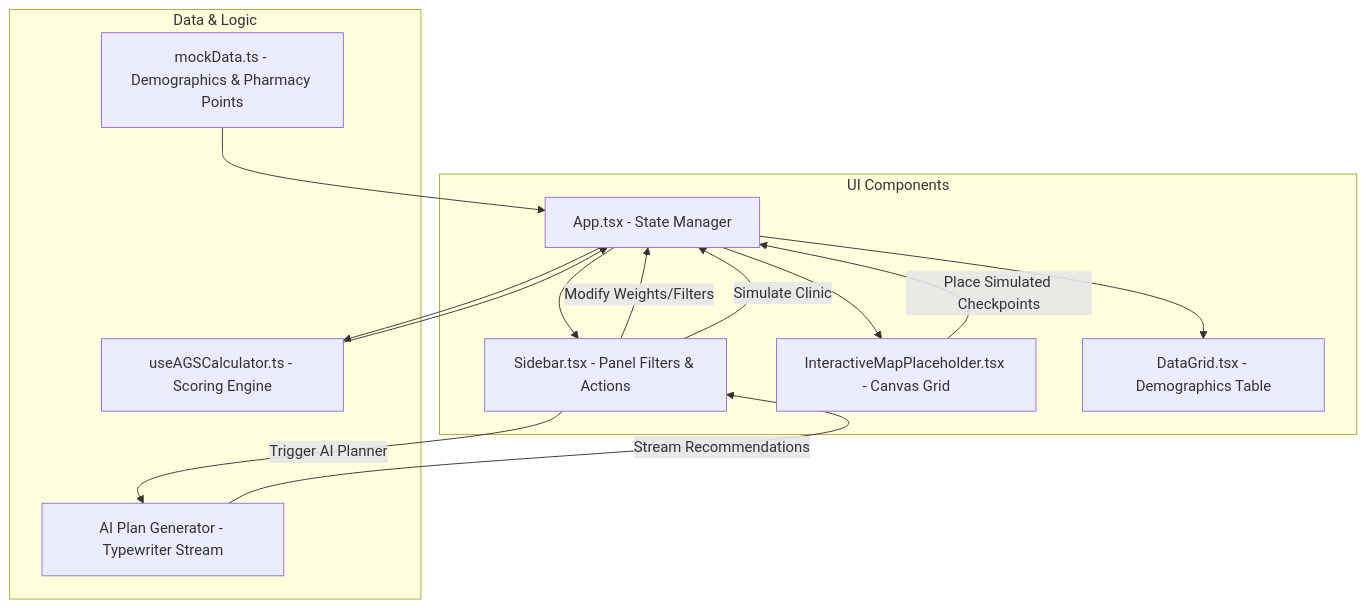
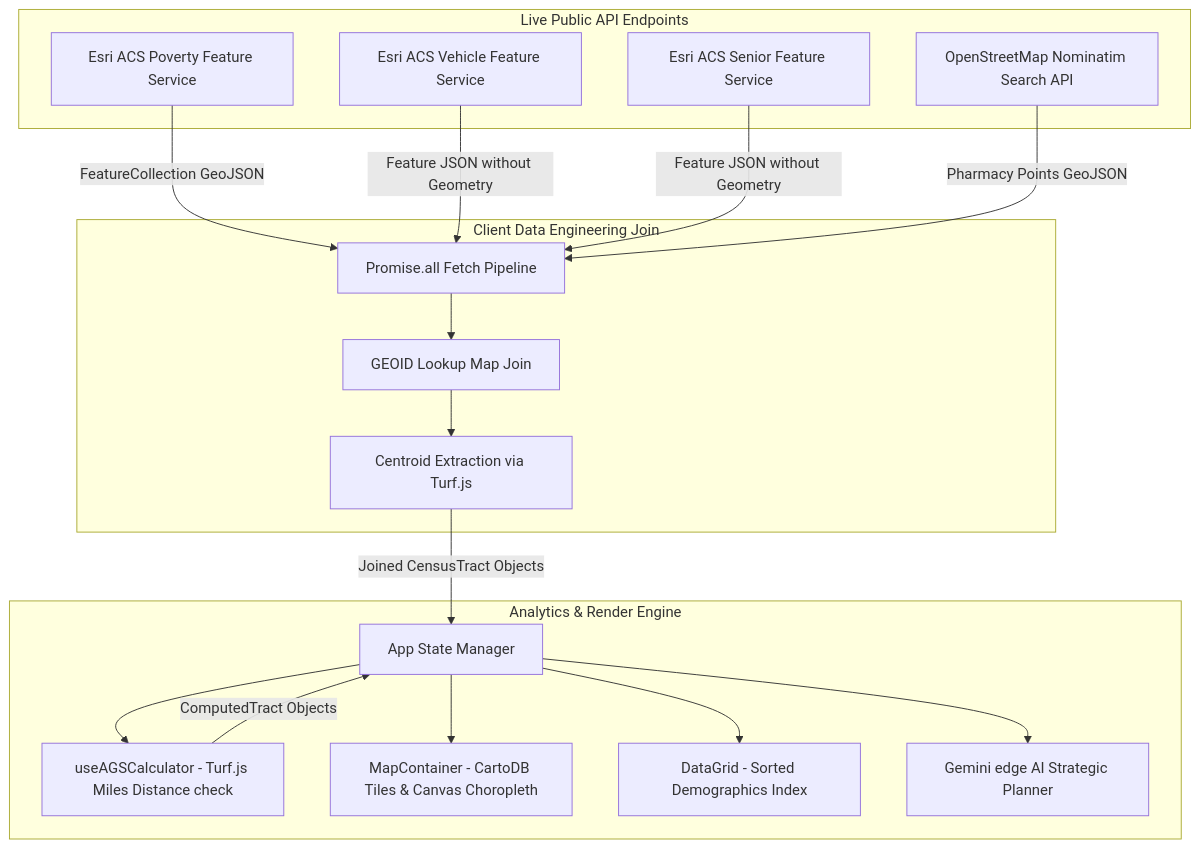
The diagram in explainer.md (domainschool/intern_med_desert), drawn with Mermaid before and after one commit. The commit also changed other lines of this file and 6 other files, not shown here.

Commit message:
feat: implement geocoded ZIP search, dynamic demographics API, and SDoH learning deck

````diff
--- a/explainer.md
+++ b/explainer.md
@@ -47,27 +50,37 @@
 ```mermaid
 graph TD
-    subgraph UI Components
-        App[App.tsx - State Manager]
-        Sidebar[Sidebar.tsx - Panel Filters & Actions]
-        Map[InteractiveMapPlaceholder.tsx - Canvas Grid]
-        Grid[DataGrid.tsx - Demographics Table]
+    subgraph Live Public API Endpoints
+        API_POV[Esri ACS Poverty Feature Service]
+        API_VEH[Esri ACS Vehicle Feature Service]
+        API_ELD[Esri ACS Senior Feature Service]
+        API_OSM[OpenStreetMap Nominatim Search API]
+      end
+
+    subgraph Client Data Engineering Join
+        Fetch[Promise.all Fetch Pipeline]
+        Join[GEOID Lookup Map Join]
+        Centroid[Centroid Extraction via Turf.js]
     end
 
-    subgraph Data & Logic
-        Mock[mockData.ts - Demographics & Pharmacy Points]
-        Hook[useAGSCalculator.ts - Scoring Engine]
-        AI[AI Plan Generator - Typewriter Stream]
+    subgraph Analytics & Render Engine
+        State[App State Manager]
+        Calc[useAGSCalculator - Turf.js Miles Distance check]
+        Leaflet[MapContainer - CartoDB Tiles & Canvas Choropleth]
+        Grid[DataGrid - Sorted Demographics Index]
+        AI[Gemini edge AI Strategic Planner]
     end
 
-    Mock --> App
-    App --> Hook
-    Hook --> App
-    App --> Sidebar
-    App --> Map
-    App --> Grid
-    Sidebar -->|Modify Weights/Filters| App
-    Map -->|Place Simulated Checkpoints| App
-    Sidebar -->|Simulate Clinic| App
-    Sidebar -->|Trigger AI Planner| AI
-    AI -->|Stream Recommendations| Sidebar
+    API_POV -->|FeatureCollection GeoJSON| Fetch
+    API_VEH -->|Feature JSON without Geometry| Fetch
+    API_ELD -->|Feature JSON without Geometry| Fetch
+    API_OSM -->|Pharmacy Points GeoJSON| Fetch
+
+    Fetch --> Join
+    Join --> Centroid
+    Centroid -->|Joined CensusTract Objects| State
+    State --> Calc
+    Calc -->|ComputedTract Objects| State
+    State --> Leaflet
+    State --> Grid
+    State --> AI
 ```
````
